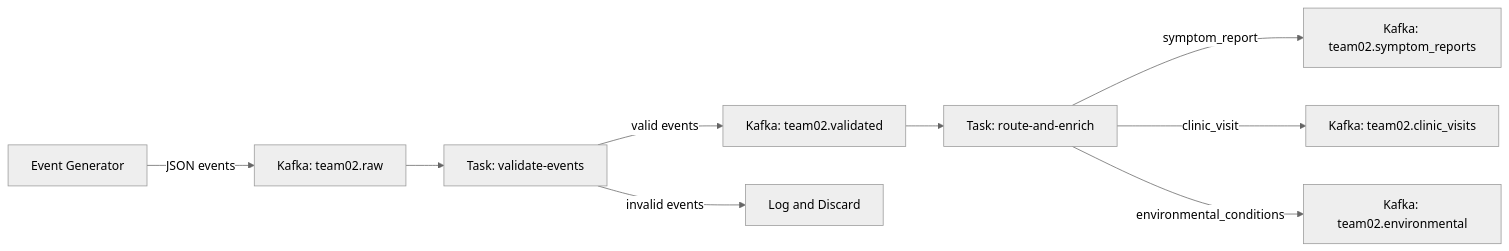
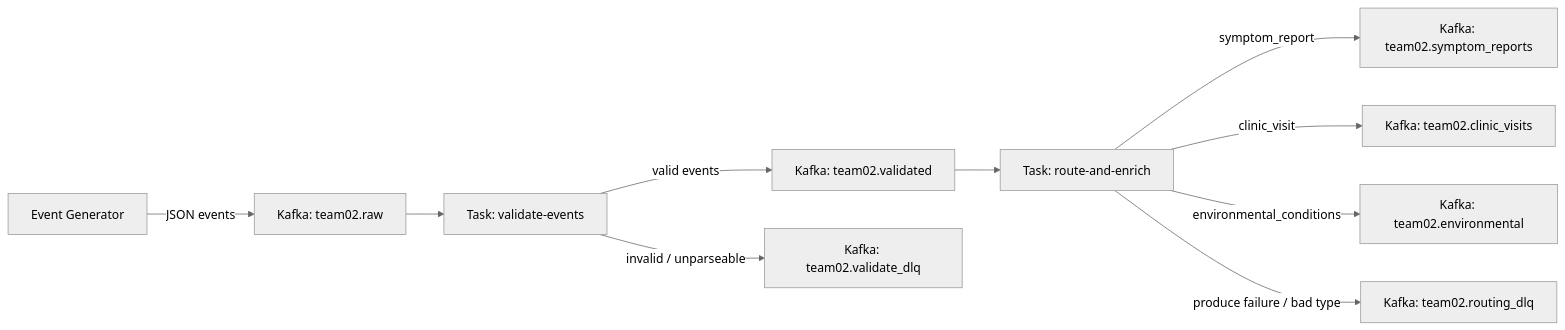
One commit to aadpaguio/epidemic-engine changed the diagram in .cursor/plans/phase-1-plan.md. Above: the diagram before and after it, drawn with Mermaid (neutral theme). The commit also changed other lines of this file, not shown here.

First line of the commit message:
Revise Phase 1 plan: DLQ topics, Tekton retries, Kafka keys

````diff
--- a/.cursor/plans/phase-1-plan.md
+++ b/.cursor/plans/phase-1-plan.md
@@ -46,11 +50,12 @@
 ```mermaid
 flowchart LR
     Generator["Event Generator"] -->|JSON events| RawTopic["Kafka: team02.raw"]
     RawTopic --> Validate["Task: validate-events"]
     Validate -->|valid events| ValidatedTopic["Kafka: team02.validated"]
-    Validate -->|invalid events| Discard["Log and Discard"]
+    Validate -->|invalid / unparseable| ValidateDLQ["Kafka: team02.validate_dlq"]
     ValidatedTopic --> RouteEnrich["Task: route-and-enrich"]
     RouteEnrich -->|symptom_report| SymTopic["Kafka: team02.symptom_reports"]
     RouteEnrich -->|clinic_visit| ClinicTopic["Kafka: team02.clinic_visits"]
     RouteEnrich -->|environmental_conditions| EnvTopic["Kafka: team02.environmental"]
+    RouteEnrich -->|produce failure / bad type| RoutingDLQ["Kafka: team02.routing_dlq"]
 ```
````
